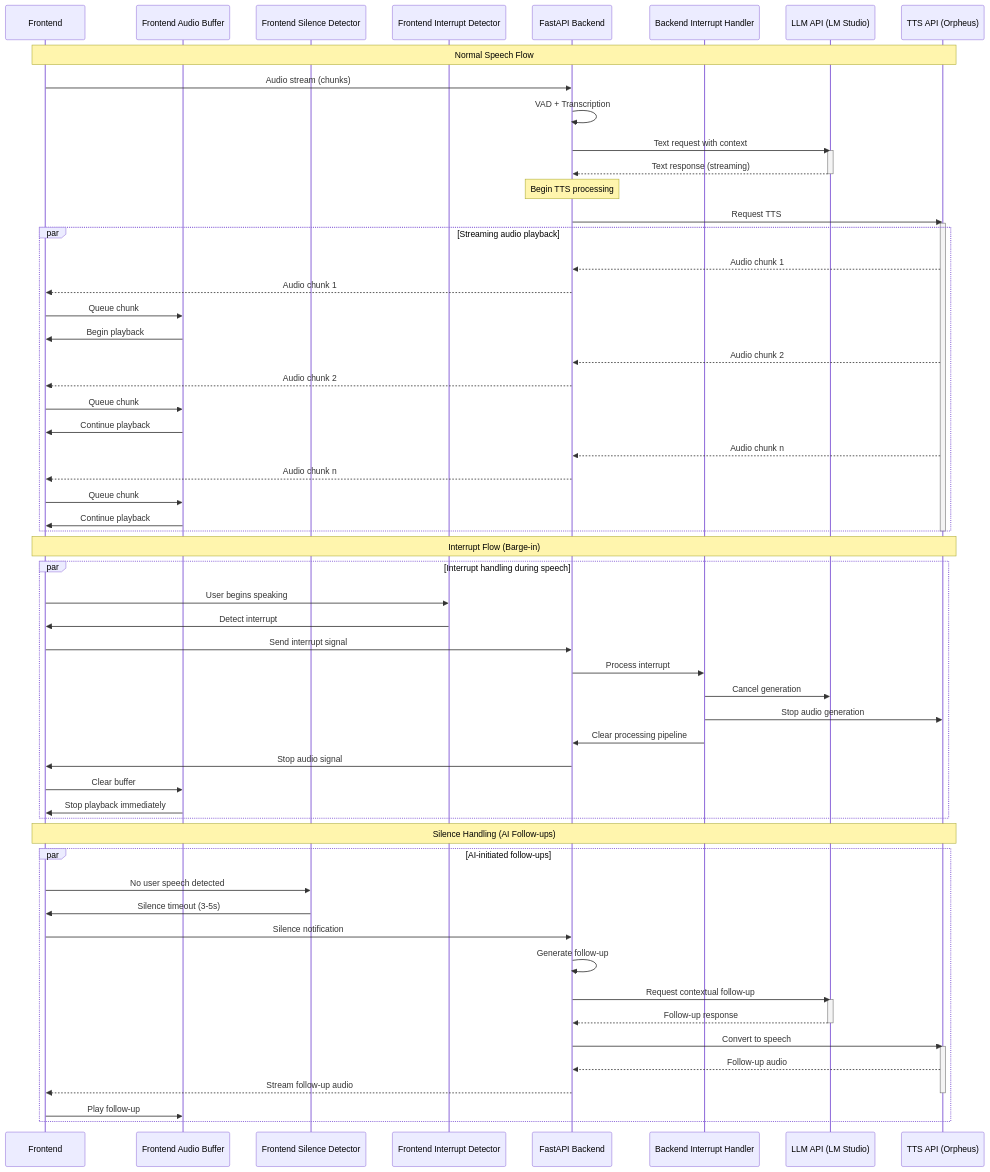
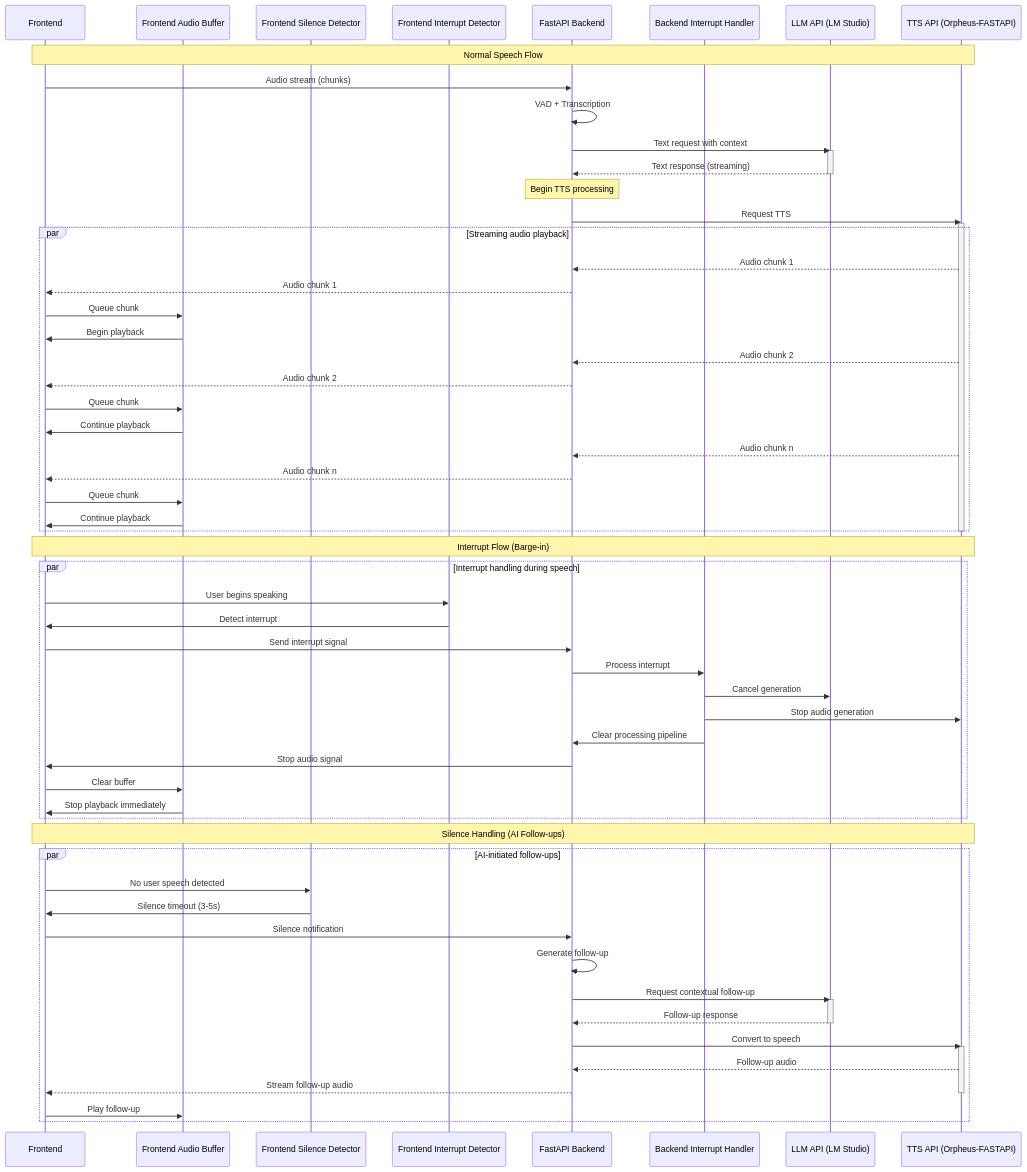
The third of 3 diagrams in README.md (ronyr21/Vocalis), drawn with Mermaid before and after one commit.

````diff
--- a/README.md
+++ b/README.md
@@ -442,78 +442,78 @@
 ```mermaid
 sequenceDiagram
     participant Frontend
     participant AudioBuffer as Frontend Audio Buffer
     participant SilenceDetector as Frontend Silence Detector
     participant InterruptDetector as Frontend Interrupt Detector
     participant Backend as FastAPI Backend
     participant IntHandler as Backend Interrupt Handler
     participant LLM as LLM API (LM Studio)
-    participant TTS as TTS API (Orpheus)
+    participant TTS as TTS API (Orpheus-FASTAPI)
     
     Note over Frontend,TTS: Normal Speech Flow
     
     Frontend->>Backend: Audio stream (chunks)
     Backend->>Backend: VAD + Transcription
     Backend->>LLM: Text request with context
     activate LLM
     LLM-->>Backend: Text response (streaming)
     deactivate LLM
     Note over Backend: Begin TTS processing
     Backend->>TTS: Request TTS
     activate TTS
     
     %% Show parallel processing
     par Streaming audio playback
         TTS-->>Backend: Audio chunk 1
         Backend-->>Frontend: Audio chunk 1
         Frontend->>AudioBuffer: Queue chunk
         AudioBuffer->>Frontend: Begin playback
         
         TTS-->>Backend: Audio chunk 2
         Backend-->>Frontend: Audio chunk 2
         Frontend->>AudioBuffer: Queue chunk
         AudioBuffer->>Frontend: Continue playback
         
         TTS-->>Backend: Audio chunk n
         Backend-->>Frontend: Audio chunk n
         Frontend->>AudioBuffer: Queue chunk
         AudioBuffer->>Frontend: Continue playback
     end
     deactivate TTS
     
     Note over Frontend,TTS: Interrupt Flow (Barge-in)
     
     par Interrupt handling during speech
         Frontend->>InterruptDetector: User begins speaking
         InterruptDetector->>Frontend: Detect interrupt
         Frontend->>Backend: Send interrupt signal
         Backend->>IntHandler: Process interrupt
         
         IntHandler->>LLM: Cancel generation
         IntHandler->>TTS: Stop audio generation
         IntHandler->>Backend: Clear processing pipeline
         
         Backend->>Frontend: Stop audio signal
         Frontend->>AudioBuffer: Clear buffer
         AudioBuffer->>Frontend: Stop playback immediately
     end
     
     Note over Frontend,TTS: Silence Handling (AI Follow-ups)
     
     par AI-initiated follow-ups
         Frontend->>SilenceDetector: No user speech detected
         SilenceDetector->>Frontend: Silence timeout (3-5s)
         Frontend->>Backend: Silence notification
         Backend->>Backend: Generate follow-up
         Backend->>LLM: Request contextual follow-up
         activate LLM
         LLM-->>Backend: Follow-up response
         deactivate LLM
         Backend->>TTS: Convert to speech
         activate TTS
         TTS-->>Backend: Follow-up audio
         Backend-->>Frontend: Stream follow-up audio
         deactivate TTS
         Frontend->>AudioBuffer: Play follow-up
     end
 ```
````
